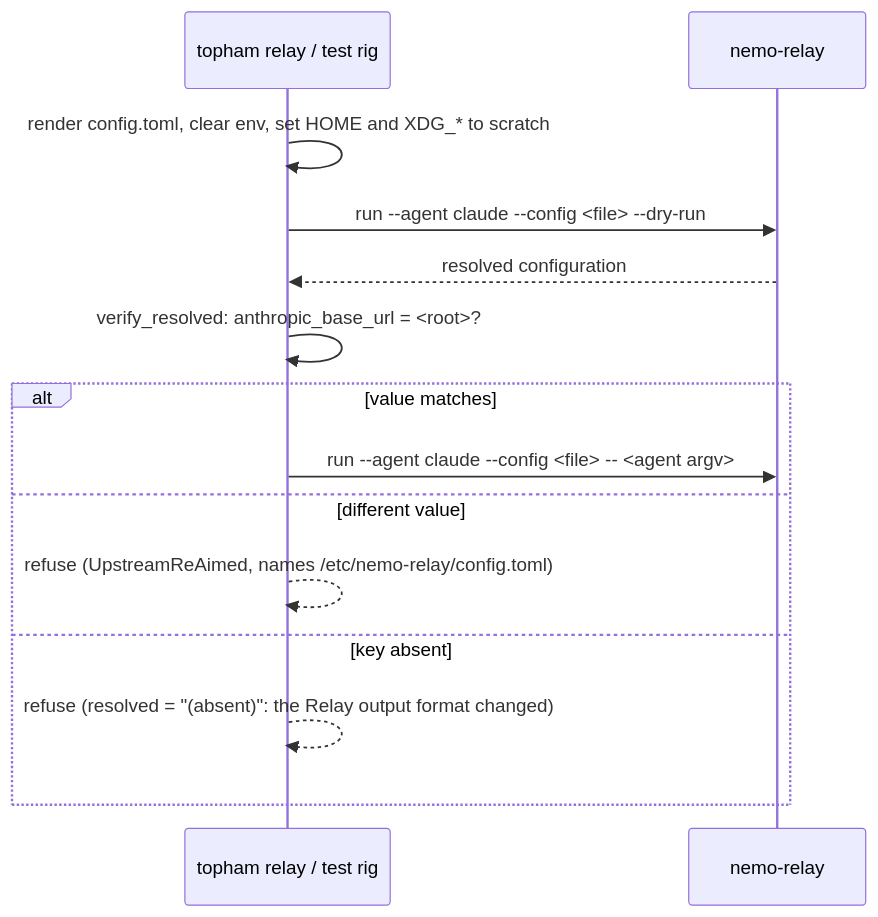
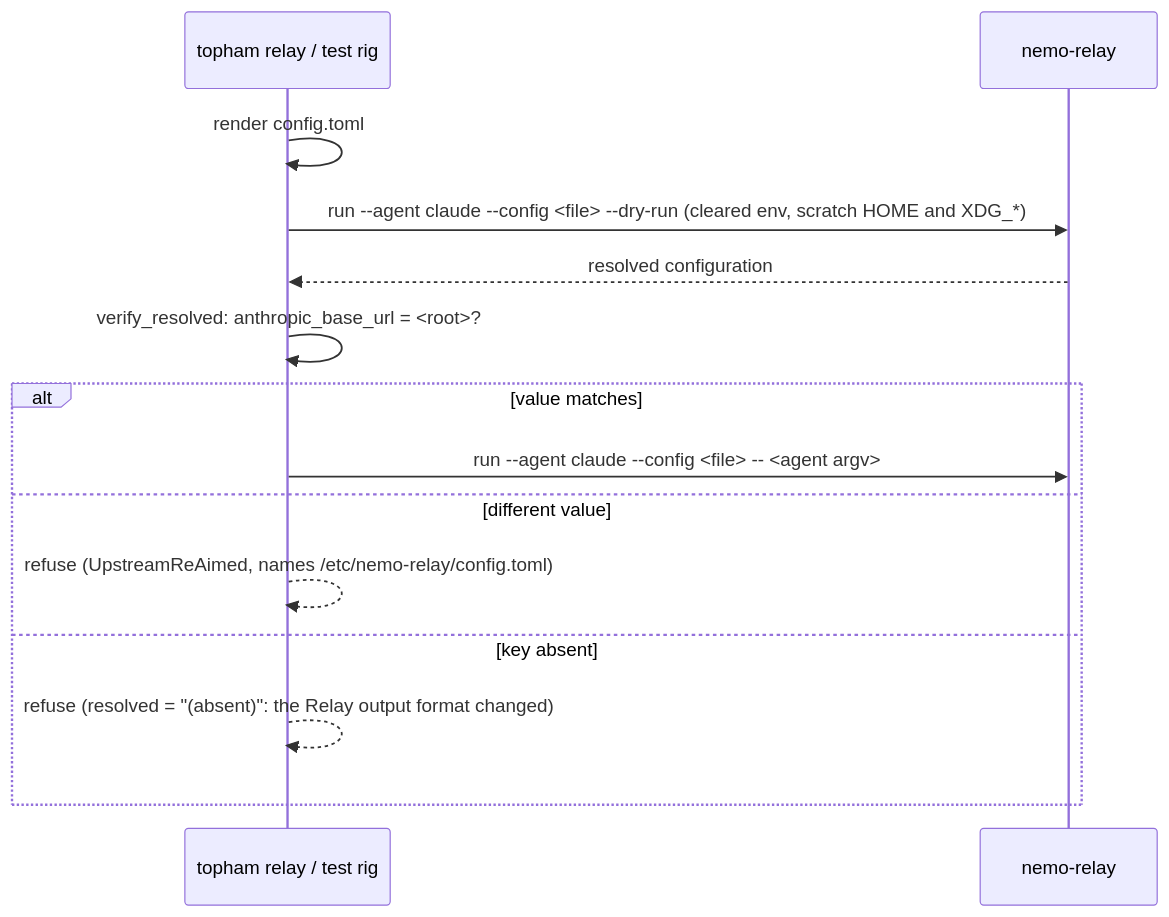
Before and after one commit to ryanolson/roundhouse: the second of 2 diagrams in docs/src/operations/relay-formats.md, drawn with Mermaid. The commit also changed other lines of this file and 29 other files, not shown here.

````diff
--- a/docs/src/operations/relay-formats.md
+++ b/docs/src/operations/relay-formats.md
@@ -199,16 +158,16 @@
 ```mermaid
 sequenceDiagram
     participant L as topham relay / test rig
     participant R as nemo-relay
-    L->>L: render config.toml, clear env, set HOME and XDG_* to scratch
-    L->>R: run --agent claude --config <file> --dry-run
+    L->>L: render config.toml
+    L->>R: run --agent claude --config <file> --dry-run (cleared env, scratch HOME and XDG_*)
     R-->>L: resolved configuration
     L->>L: verify_resolved: anthropic_base_url = <root>?
     alt value matches
         L->>R: run --agent claude --config <file> -- <agent argv>
     else different value
         L-->>L: refuse (UpstreamReAimed, names /etc/nemo-relay/config.toml)
     else key absent
         L-->>L: refuse (resolved = "(absent)": the Relay output format changed)
     end
 ```
````
